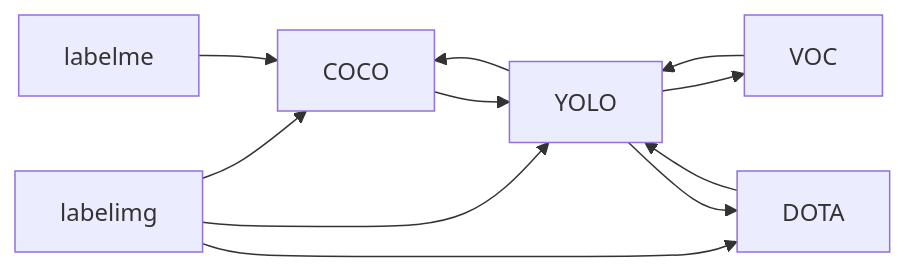
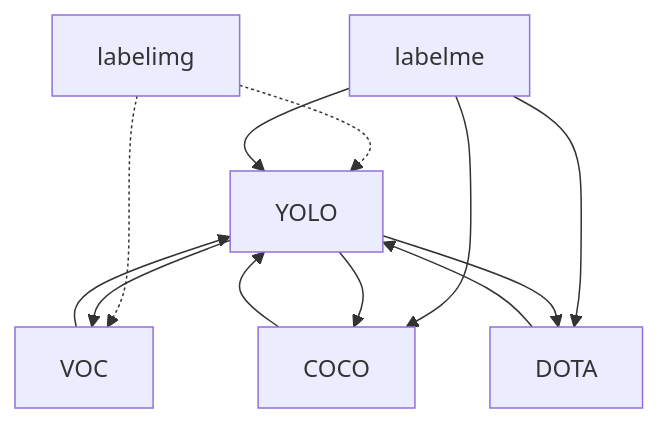
The diagram in README.md (caibucai22/cv-dataset-format-converter), drawn with Mermaid before and after one commit. The commit also changed 63 other files, not shown here.

````diff
--- a/README.md
+++ b/README.md
@@ -13,20 +13,21 @@
 ```mermaid
-graph LR
+graph TB
     A[labelimg]
     B[labelme]
     C[COCO]
     D[YOLO]
     E[VOC]
     F[DOTA]
-    A --> C
-    A --> D
-    A --> F
+    A -.->D
+    A -.->E
     B --> C
+    B --> D
+    B --> F
     C --> D
     D --> C
     D --> E
     D --> F
     E --> D
     F --> D
     
 ```
````
